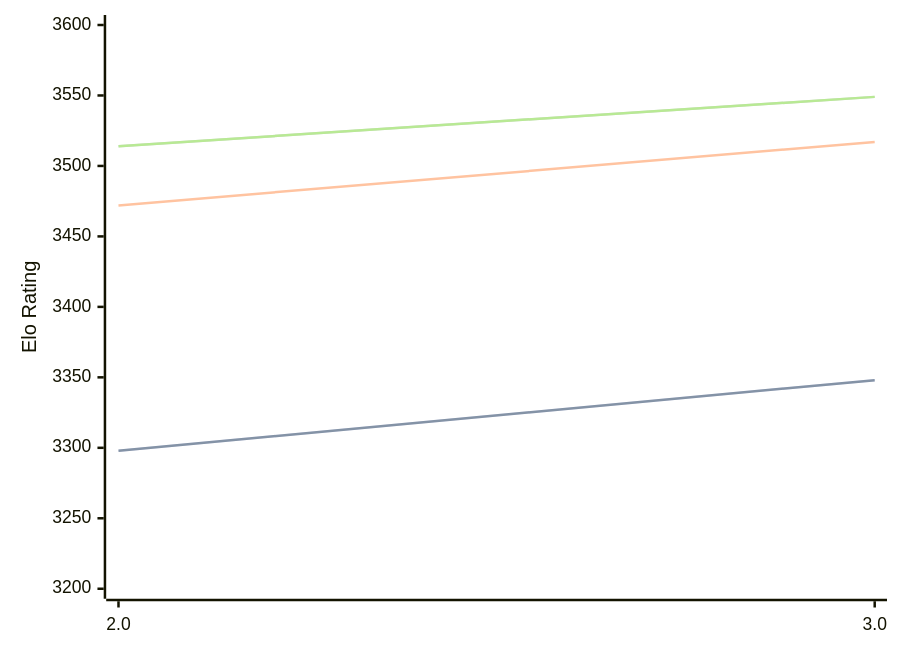
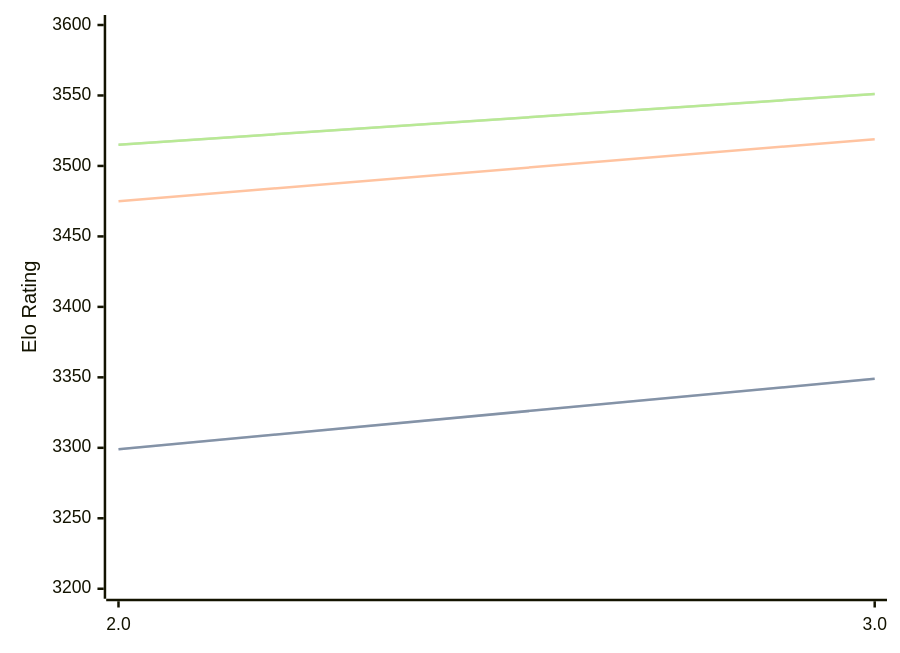
Before and after one commit to computer-chess-index/cci: the diagram in engines/Quanticade.md, drawn with Mermaid. The commit also changed other lines of this file, not shown here.

Commit message:
Update CCI Ratings (ELO VLTC) - 2026-09-01

````diff
--- a/engines/Quanticade.md
+++ b/engines/Quanticade.md
@@ -32,11 +32,11 @@
 ```mermaid
 %%{init: {"theme":"base","themeVariables":{"seriesColors:['#a3a3a3','#222221','#faa371']}}}%%
 xychart-beta
   x-axis ["2.0", "3.0"]
   y-axis "Elo Rating" 3200 --> 3600
-  line "" [3298, 3348]
-  line "STC (8.0+0.08s)" [3298, 3348]
-  line "LTC (60.0+0.60s)" [3472, 3517]
-  line "" [3514, 3549]
-  line "VLTC (2m24s+1.12s)" [3514, 3549]
+  line "" [3299, 3349]
+  line "STC (8.0+0.08s)" [3299, 3349]
+  line "LTC (60.0+0.60s)" [3475, 3519]
+  line "" [3515, 3551]
+  line "VLTC (2m24s+1.12s)" [3515, 3551]
 ```
````
